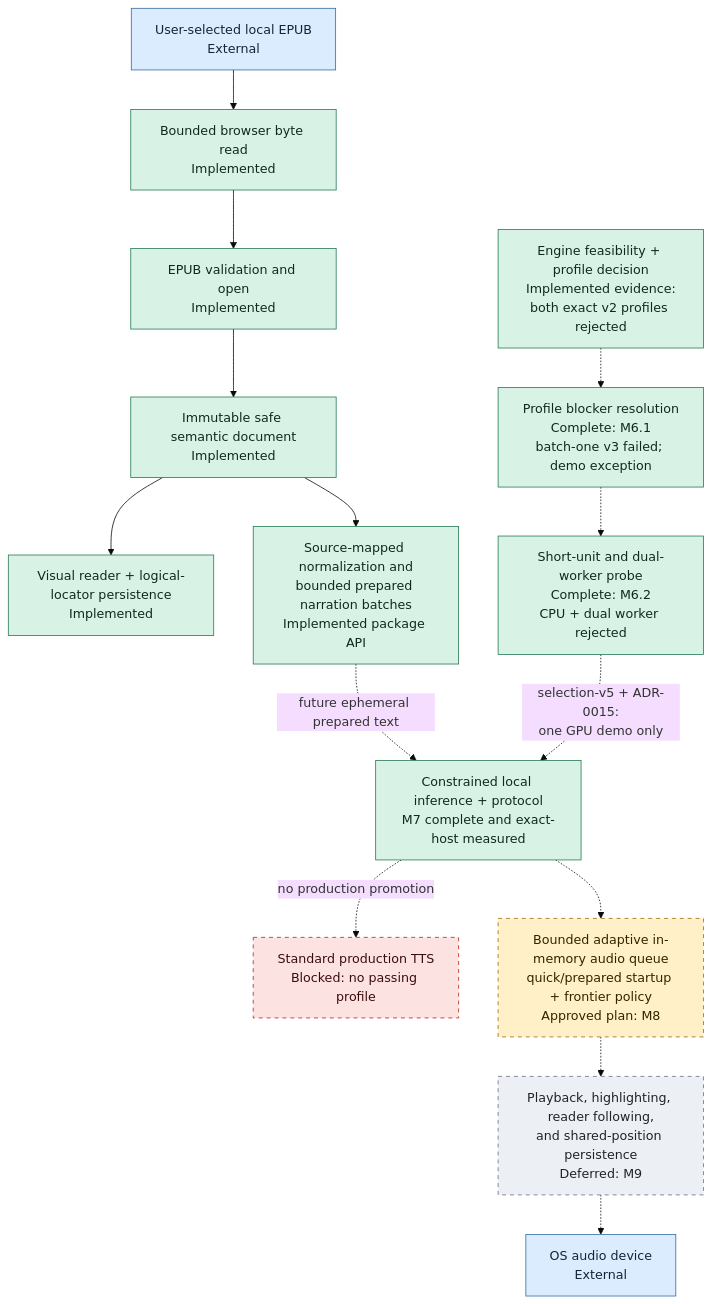
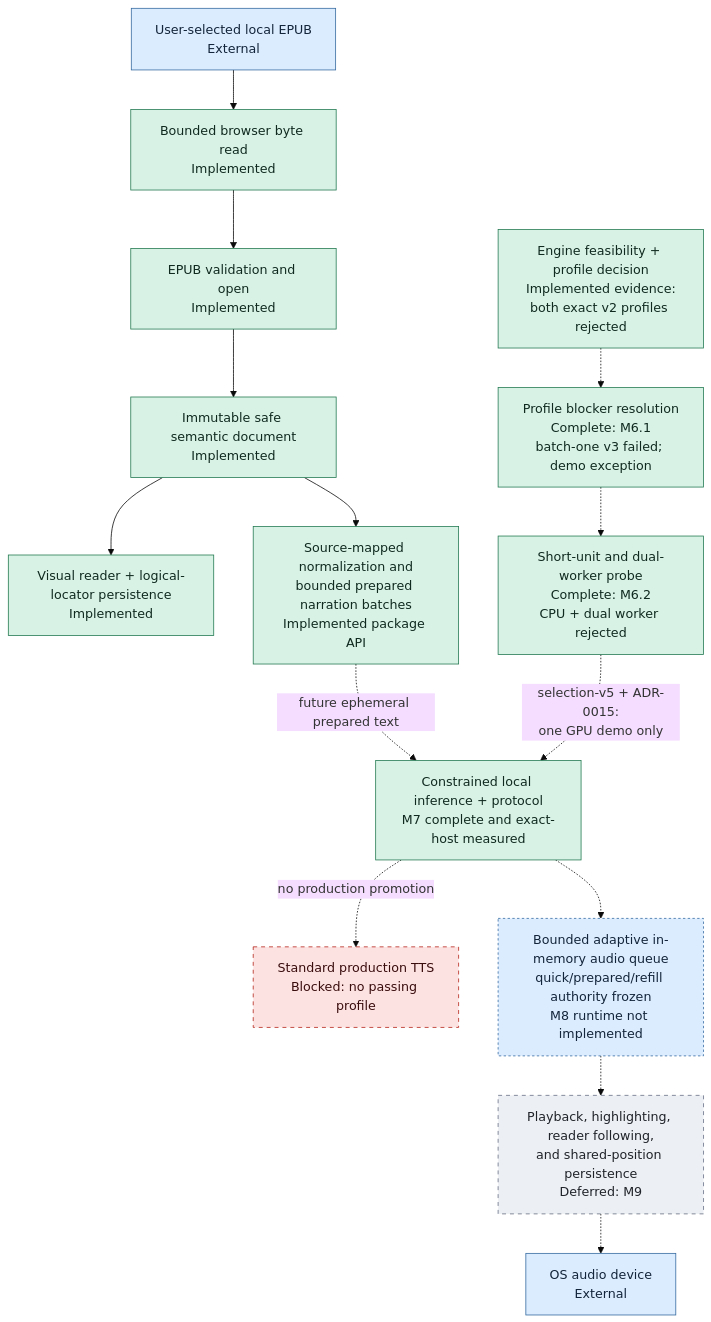
Before and after one commit to mmjosedaniel/voxleaf: the second of 2 diagrams in docs/architecture/system-diagram.md, drawn with Mermaid (base theme). The commit also changed other lines of this file and 11 other files, not shown here.

Commit message:
feat(tts): freeze adaptive buffer authority (#121)

````diff
--- a/docs/architecture/system-diagram.md
+++ b/docs/architecture/system-diagram.md
@@ -124,35 +124,35 @@
 ```mermaid
 flowchart TD
     classDef implemented fill:#d9f2e6,stroke:#247a52,color:#102a20
     classDef progress fill:#dcecff,stroke:#356aa0,color:#13253a,stroke-dasharray: 3 3
     classDef planned fill:#fff0c7,stroke:#9a6b00,color:#332400,stroke-dasharray: 5 5
     classDef blocked fill:#fde2e2,stroke:#b42318,color:#3a0d0d,stroke-dasharray: 5 5
     classDef deferred fill:#eceff3,stroke:#667085,color:#20242a,stroke-dasharray: 5 5
     classDef external fill:#dcecff,stroke:#356aa0,color:#13253a
 
     FILE["User-selected local EPUB<br/>External"]:::external
     READ["Bounded browser byte read<br/>Implemented"]:::implemented
     OPEN["EPUB validation and open<br/>Implemented"]:::implemented
     SAFE["Immutable safe semantic document<br/>Implemented"]:::implemented
     VISUAL["Visual reader + logical-locator persistence<br/>Implemented"]:::implemented
     PREP["Source-mapped normalization and<br/>bounded prepared narration batches<br/>Implemented package API"]:::implemented
     PROFILE["Engine feasibility + profile decision<br/>Implemented evidence:<br/>both exact v2 profiles rejected"]:::implemented
     NEXT_PROFILE["Profile blocker resolution<br/>Complete: M6.1<br/>batch-one v3 failed; demo exception"]:::implemented
     BATCH_PROBE["Short-unit and dual-worker probe<br/>Complete: M6.2<br/>CPU + dual worker rejected"]:::implemented
     INFER["Constrained local inference + protocol<br/>M7 complete and exact-host measured"]:::implemented
     PROD["Standard production TTS<br/>Blocked: no passing profile"]:::blocked
-    BUFFER["Bounded adaptive in-memory audio queue<br/>quick/prepared startup + frontier policy<br/>Approved plan: M8"]:::planned
+    BUFFER["Bounded adaptive in-memory audio queue<br/>quick/prepared/refill authority frozen<br/>M8 runtime not implemented"]:::progress
     FOLLOW["Playback, highlighting, reader following,<br/>and shared-position persistence<br/>Deferred: M9"]:::deferred
     DEVICE["OS audio device<br/>External"]:::external
 
     FILE --> READ --> OPEN --> SAFE --> VISUAL
     SAFE --> PREP
     PREP -.->|"future ephemeral prepared text"| INFER
     PROFILE -.-> NEXT_PROFILE
     NEXT_PROFILE -.-> BATCH_PROBE
     BATCH_PROBE -.->|"selection-v5 + ADR-0015:<br/>one GPU demo only"| INFER
     INFER -.->|"no production promotion"| PROD
     INFER -.-> BUFFER
     BUFFER -.-> FOLLOW
     FOLLOW -.-> DEVICE
 ```
````
